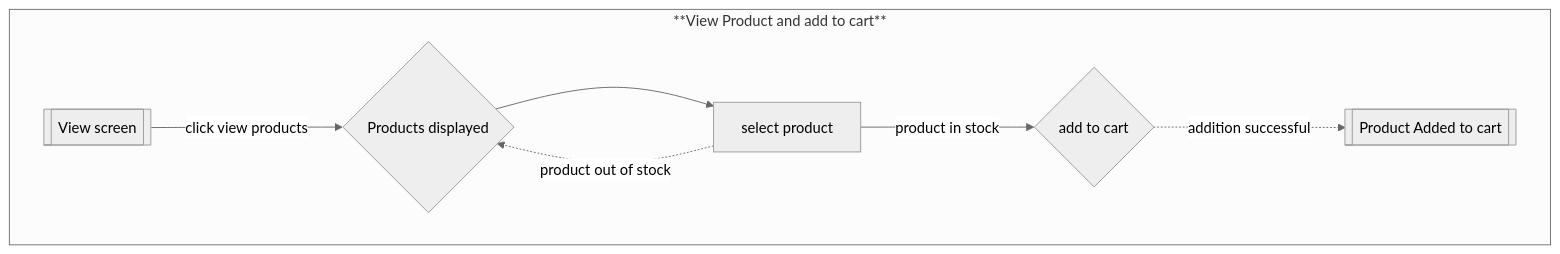
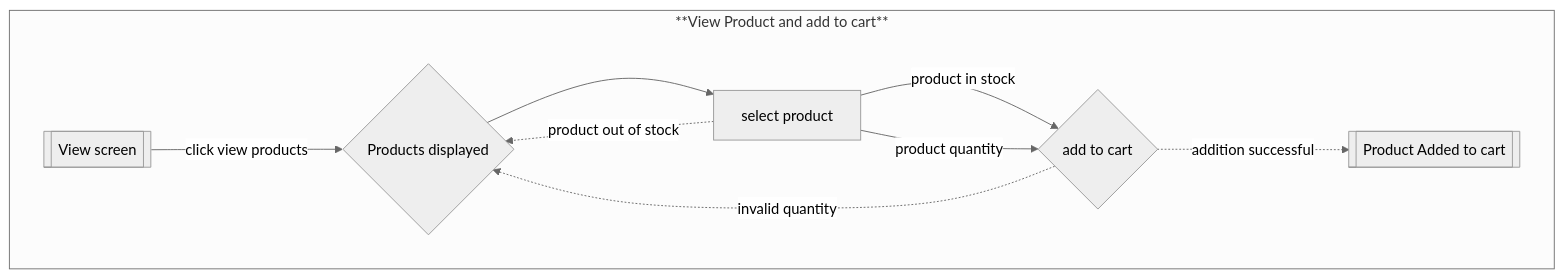
Before and after one commit to asantec2/cassy-project: the fourth of 5 diagrams in flows.md, drawn with Mermaid (neutral theme). The commit also changed other lines of this file and 8 other files, not shown here.

````diff
--- a/flows.md
+++ b/flows.md
@@ -8,13 +41,15 @@
 ```mermaid
 flowchart
 subgraph **View Product and add to cart**
 
 Start[[View screen]]--click view products--> ProductsDisplayed{Products displayed}
 ProductsDisplayed -->SelectProduct[select product]
 SelectProduct --product in stock--> AddCart{add to cart}
 SelectProduct -.product out of stock .->ProductsDisplayed
+SelectProduct --product quantity-->AddCart
+AddCart -. invalid quantity .-> ProductsDisplayed
 AddCart -.addition successful.-> Done[[Product Added to cart]]
 
 end
 
 ```
````
